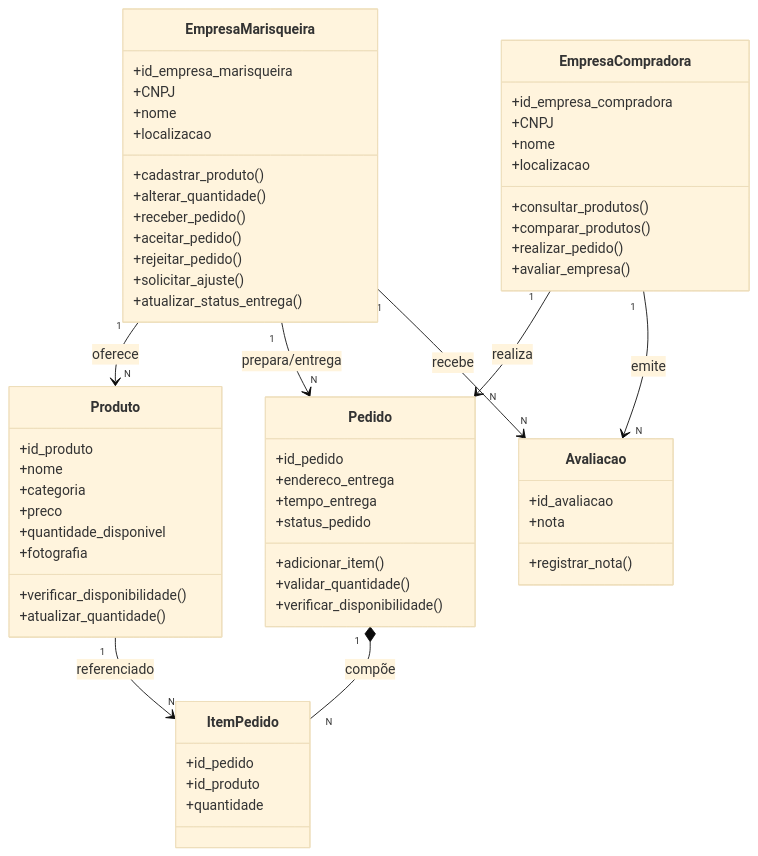
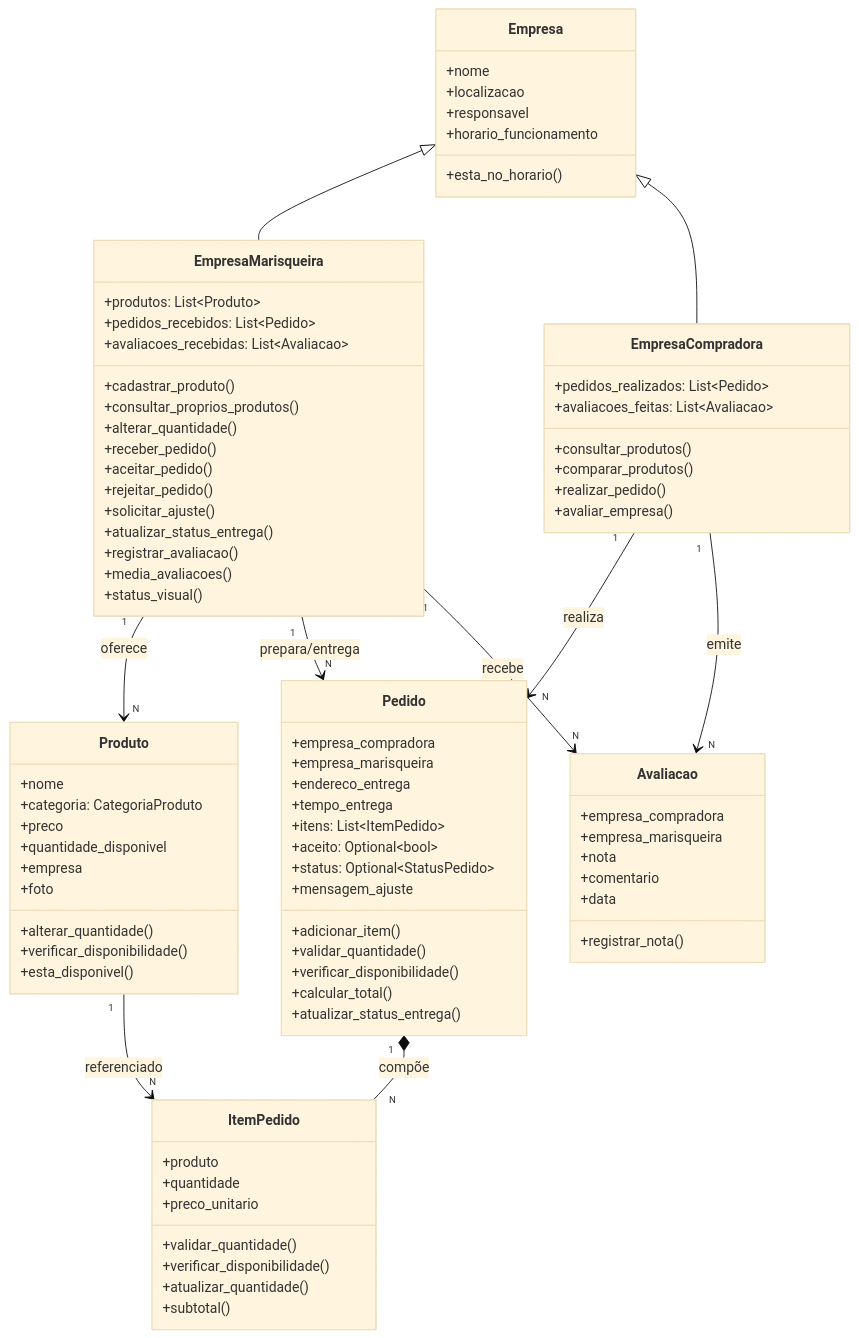
Before and after one commit to davidev-tech/UNDB-POO: the diagram in MODELAGEM_POO.md, drawn with Mermaid (base theme). The commit also changed other lines of this file and 21 other files, not shown here.

````diff
--- a/MODELAGEM_POO.md
+++ b/MODELAGEM_POO.md
@@ -189,57 +285,88 @@
 ```mermaid
 classDiagram
-    class EmpresaMarisqueira {
-        +id_empresa_marisqueira
-        +CNPJ
+    class Empresa {
         +nome
         +localizacao
+        +responsavel
+        +horario_funcionamento
+        +esta_no_horario()
+    }
+
+    class EmpresaMarisqueira {
+        +produtos: List~Produto~
+        +pedidos_recebidos: List~Pedido~
+        +avaliacoes_recebidas: List~Avaliacao~
         +cadastrar_produto()
+        +consultar_proprios_produtos()
         +alterar_quantidade()
         +receber_pedido()
         +aceitar_pedido()
         +rejeitar_pedido()
         +solicitar_ajuste()
         +atualizar_status_entrega()
+        +registrar_avaliacao()
+        +media_avaliacoes()
+        +status_visual()
     }
+
     class EmpresaCompradora {
-        +id_empresa_compradora
-        +CNPJ
-        +nome
-        +localizacao
+        +pedidos_realizados: List~Pedido~
+        +avaliacoes_feitas: List~Avaliacao~
         +consultar_produtos()
         +comparar_produtos()
         +realizar_pedido()
         +avaliar_empresa()
     }
+
     class Produto {
-        +id_produto
         +nome
-        +categoria
+        +categoria: CategoriaProduto
         +preco
         +quantidade_disponivel
-        +fotografia
+        +empresa
+        +foto
+        +alterar_quantidade()
+        +verificar_disponibilidade()
+        +esta_disponivel()
+    }
+
+    class ItemPedido {
+        +produto
+        +quantidade
+        +preco_unitario
+        +validar_quantidade()
         +verificar_disponibilidade()
         +atualizar_quantidade()
+        +subtotal()
     }
+
     class Pedido {
-        +id_pedido
+        +empresa_compradora
+        +empresa_marisqueira
         +endereco_entrega
         +tempo_entrega
-        +status_pedido
+        +itens: List~ItemPedido~
+        +aceito: Optional~bool~
+        +status: Optional~StatusPedido~
+        +mensagem_ajuste
         +adicionar_item()
         +validar_quantidade()
         +verificar_disponibilidade()
+        +calcular_total()
+        +atualizar_status_entrega()
     }
-    class ItemPedido {
-        +id_pedido
-        +id_produto
-        +quantidade
-    }
+
     class Avaliacao {
-        +id_avaliacao
+        +empresa_compradora
+        +empresa_marisqueira
         +nota
+        +comentario
+        +data
         +registrar_nota()
     }
+
+    Empresa <|-- EmpresaMarisqueira
+    Empresa <|-- EmpresaCompradora
 
     EmpresaMarisqueira "1" --> "N" Produto : oferece
     EmpresaMarisqueira "1" --> "N" Pedido : prepara/entrega
````
